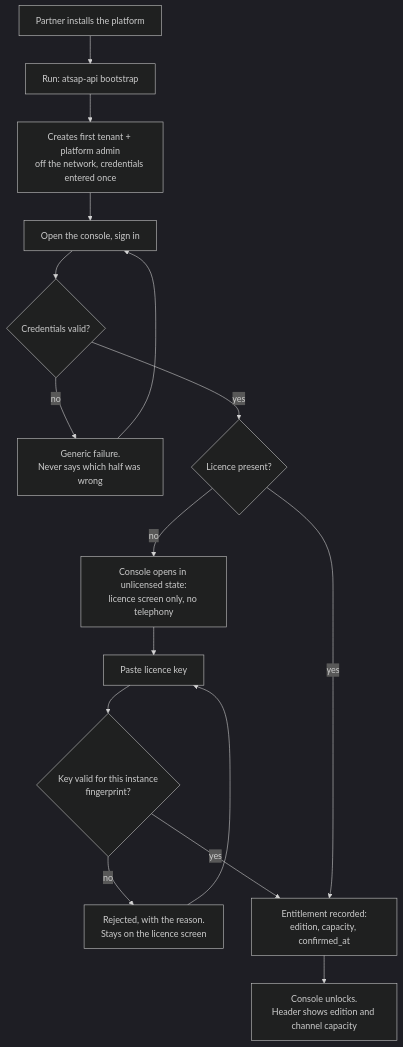
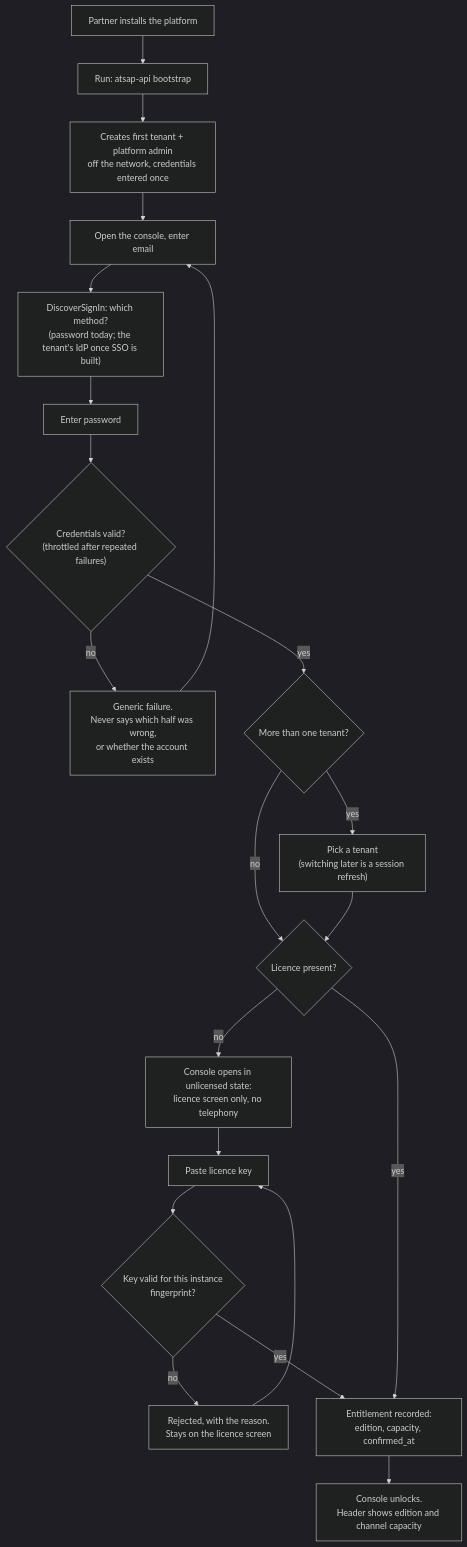
One commit to Mbaapoh/atsap changed the first of 7 diagrams in docs/hld/18-phase-a-user-flows.md. Above: the diagram before and after it, drawn with Mermaid (dark theme). The commit also changed other lines of this file and 20 other files, not shown here.

````diff
--- a/docs/hld/18-phase-a-user-flows.md
+++ b/docs/hld/18-phase-a-user-flows.md
@@ -40,18 +40,23 @@
 ```mermaid
 flowchart TD
     A["Partner installs the platform"] --> B["Run: atsap-api bootstrap"]
     B --> C["Creates first tenant + platform admin<br/>off the network, credentials entered once"]
-    C --> D["Open the console, sign in"]
-    D --> E{"Credentials valid?"}
-    E -->|no| E1["Generic failure.<br/>Never says which half was wrong"]
+    C --> D["Open the console, enter email"]
+    D --> D1["DiscoverSignIn: which method?<br/>(password today; the tenant's IdP once SSO is built)"]
+    D1 --> D2["Enter password"]
+    D2 --> E{"Credentials valid?<br/>(throttled after repeated failures)"}
+    E -->|no| E1["Generic failure.<br/>Never says which half was wrong,<br/>or whether the account exists"]
     E1 --> D
-    E -->|yes| F{"Licence present?"}
+    E -->|yes| E2{"More than one tenant?"}
+    E2 -->|yes| E3["Pick a tenant<br/>(switching later is a session refresh)"]
+    E2 -->|no| F
+    E3 --> F{"Licence present?"}
     F -->|no| G["Console opens in unlicensed state:<br/>licence screen only, no telephony"]
     G --> H["Paste licence key"]
     H --> I{"Key valid for this instance<br/>fingerprint?"}
     I -->|no| I1["Rejected, with the reason.<br/>Stays on the licence screen"]
     I1 --> H
     I -->|yes| J["Entitlement recorded:<br/>edition, capacity, confirmed_at"]
     F -->|yes| J
     J --> K["Console unlocks.<br/>Header shows edition and channel capacity"]
 ```
````
